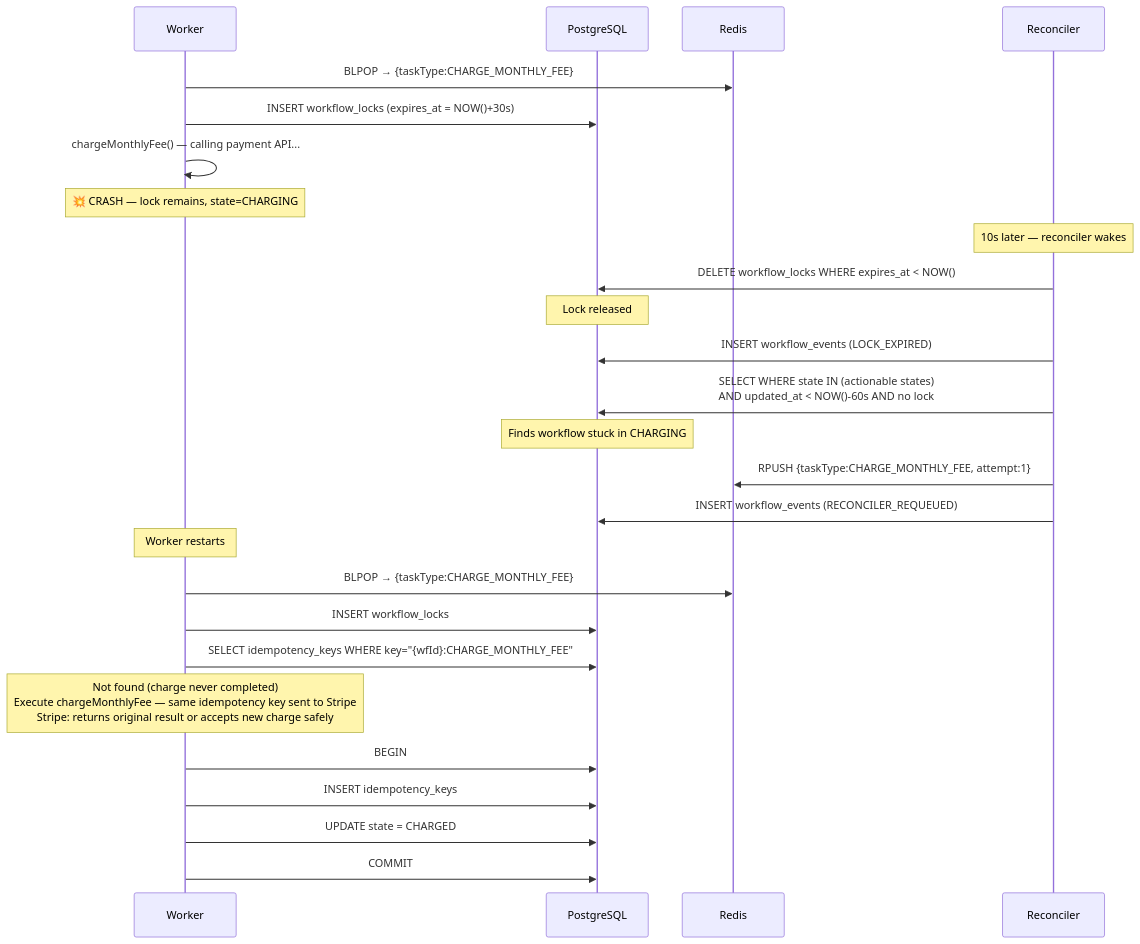
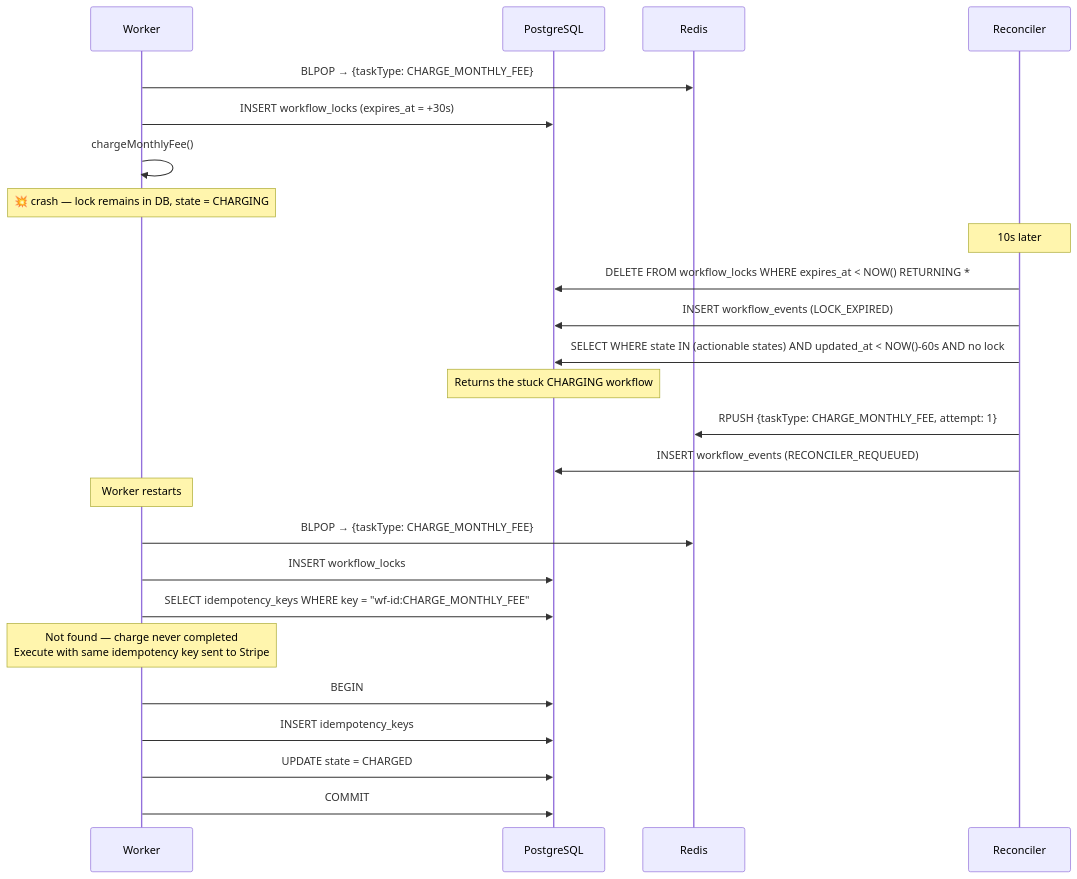
One commit to HackerM0nk/temporal-from-scratch changed the sixth of 7 diagrams in docs/architecture.md. Above: the diagram before and after it, drawn with Mermaid. The commit also changed other lines of this file and 1 other file, not shown here.

First line of the commit message:
Rewrite README and architecture docs

````diff
--- a/docs/architecture.md
+++ b/docs/architecture.md
@@ -237,35 +178,32 @@
 ```mermaid
 sequenceDiagram
     participant Worker
     participant PG as PostgreSQL
     participant Redis
     participant Reconciler
 
-    Worker->>Redis: BLPOP → {taskType:CHARGE_MONTHLY_FEE}
-    Worker->>PG: INSERT workflow_locks (expires_at = NOW()+30s)
-    Worker->>Worker: chargeMonthlyFee() — calling payment API...
-    Note over Worker: 💥 CRASH — lock remains, state=CHARGING
+    Worker->>Redis: BLPOP → {taskType: CHARGE_MONTHLY_FEE}
+    Worker->>PG: INSERT workflow_locks (expires_at = +30s)
+    Worker->>Worker: chargeMonthlyFee()
+    Note over Worker: 💥 crash — lock remains in DB, state = CHARGING
 
-    Note over Reconciler: 10s later — reconciler wakes
+    Note over Reconciler: 10s later
 
-    Reconciler->>PG: DELETE workflow_locks WHERE expires_at < NOW()
-    Note over PG: Lock released
+    Reconciler->>PG: DELETE FROM workflow_locks WHERE expires_at < NOW() RETURNING *
     Reconciler->>PG: INSERT workflow_events (LOCK_EXPIRED)
-
-    Reconciler->>PG: SELECT WHERE state IN (actionable states)<br/>AND updated_at < NOW()-60s AND no lock
-    Note over PG: Finds workflow stuck in CHARGING
-
-    Reconciler->>Redis: RPUSH {taskType:CHARGE_MONTHLY_FEE, attempt:1}
+    Reconciler->>PG: SELECT WHERE state IN (actionable states) AND updated_at < NOW()-60s AND no lock
+    Note over PG: Returns the stuck CHARGING workflow
+    Reconciler->>Redis: RPUSH {taskType: CHARGE_MONTHLY_FEE, attempt: 1}
     Reconciler->>PG: INSERT workflow_events (RECONCILER_REQUEUED)
 
     Note over Worker: Worker restarts
 
-    Worker->>Redis: BLPOP → {taskType:CHARGE_MONTHLY_FEE}
+    Worker->>Redis: BLPOP → {taskType: CHARGE_MONTHLY_FEE}
     Worker->>PG: INSERT workflow_locks
-    Worker->>PG: SELECT idempotency_keys WHERE key="{wfId}:CHARGE_MONTHLY_FEE"
-    Note over Worker: Not found (charge never completed)<br/>Execute chargeMonthlyFee — same idempotency key sent to Stripe<br/>Stripe: returns original result or accepts new charge safely
+    Worker->>PG: SELECT idempotency_keys WHERE key = "wf-id:CHARGE_MONTHLY_FEE"
+    Note over Worker: Not found — charge never completed<br/>Execute with same idempotency key sent to Stripe
     Worker->>PG: BEGIN
     Worker->>PG: INSERT idempotency_keys
     Worker->>PG: UPDATE state = CHARGED
     Worker->>PG: COMMIT
 ```
````
